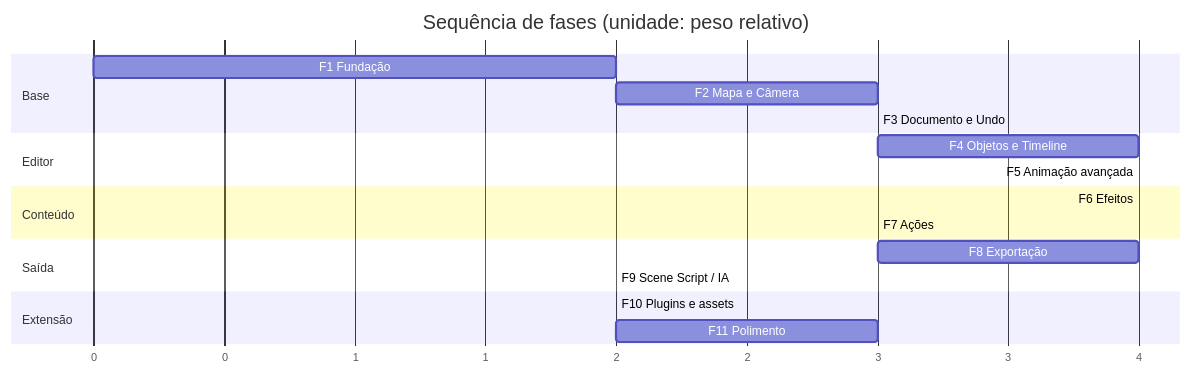
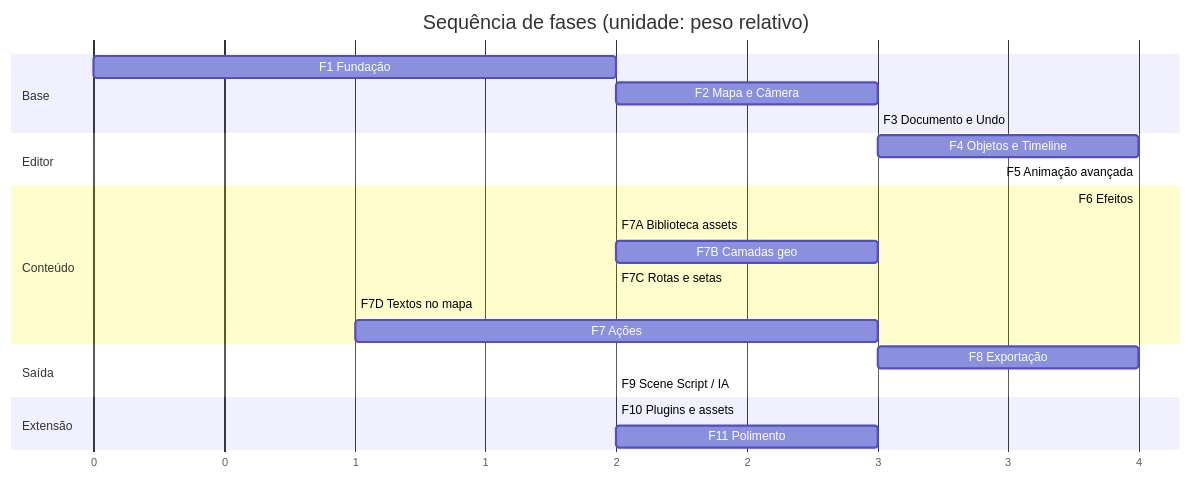
One commit to Syfer2025/mapli-ve changed the diagram in docs/08-ROADMAP.md. Above: the diagram before and after it, drawn with Mermaid. The commit also changed other lines of this file and 49 other files, not shown here.

First line of the commit message:
Fase 6 + Bloco 7A/7A+ — efeitos, biblioteca de ativos e preview 3D no mapa

````diff
--- a/docs/08-ROADMAP.md
+++ b/docs/08-ROADMAP.md
@@ -10,27 +10,31 @@
 ```mermaid
 gantt
     dateFormat X
     axisFormat %s
     title Sequência de fases (unidade: peso relativo)
 
     section Base
     F1 Fundação            :f1, 0, 2
     F2 Mapa e Câmera       :f2, after f1, 3
     F3 Documento e Undo    :f3, after f2, 3
 
     section Editor
     F4 Objetos e Timeline  :f4, after f3, 4
     F5 Animação avançada   :f5, after f4, 4
 
     section Conteúdo
     F6 Efeitos             :f6, after f5, 4
-    F7 Ações               :f7, after f6, 3
+    F7A Biblioteca assets  :f7a, after f6, 2
+    F7B Camadas geo        :f7b, after f7a, 3
+    F7C Rotas e setas      :f7c, after f7b, 2
+    F7D Textos no mapa     :f7d, after f7c, 1
+    F7 Ações               :f7, after f7d, 3
 
     section Saída
     F8 Exportação          :f8, after f7, 4
     F9 Scene Script / IA   :f9, after f8, 2
 
     section Extensão
     F10 Plugins e assets   :f10, after f9, 2
     F11 Polimento          :f11, after f10, 3
 ```
````
